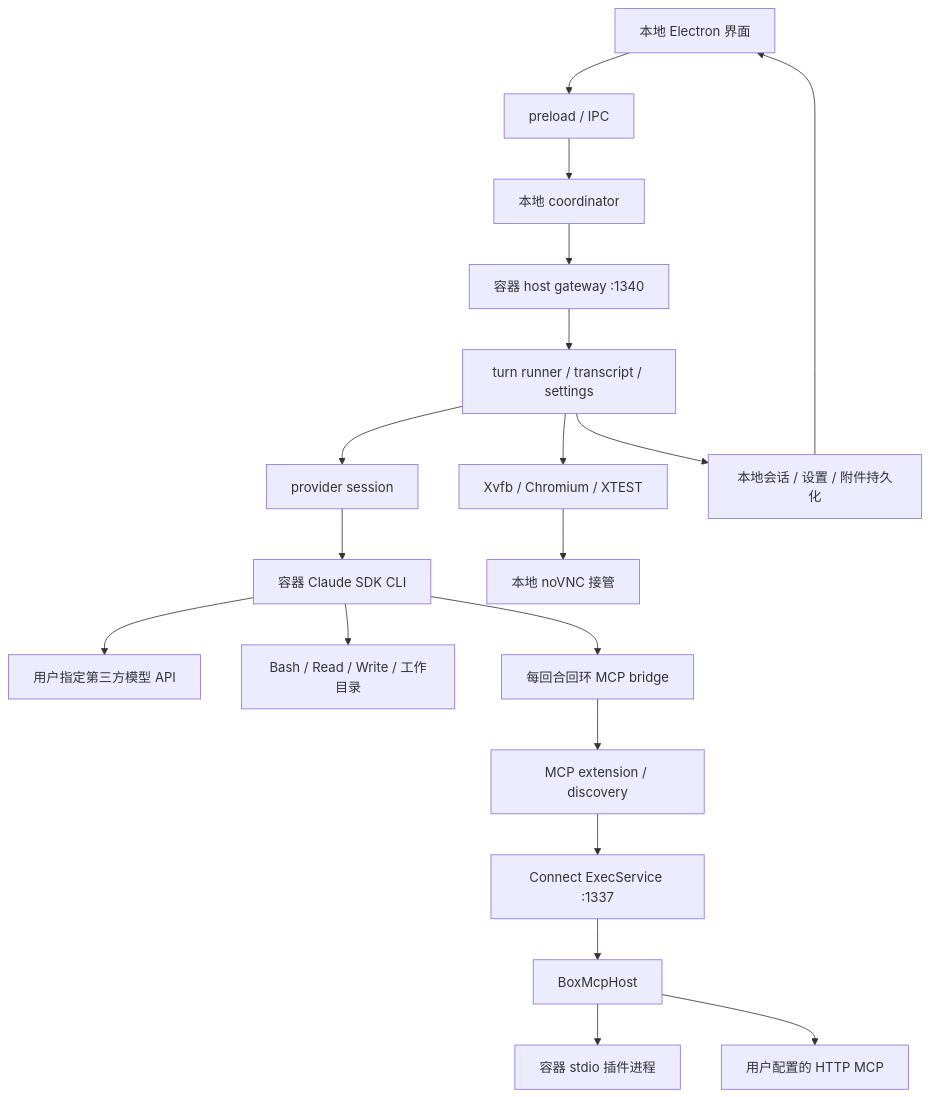
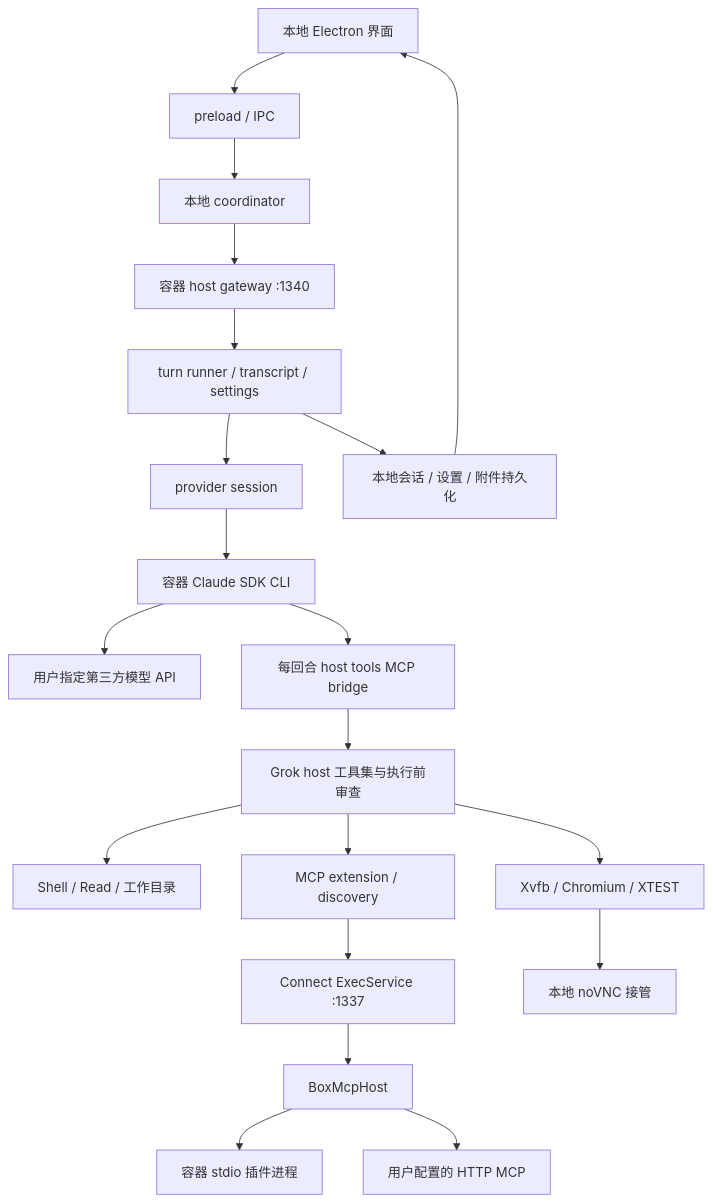
Before and after one commit to 2217173240/grok-bot-0.18-reconstructed: the diagram in docs/LOCAL-SANDBOX-ARCHITECTURE.md, drawn with Mermaid. The commit also changed other lines of this file and 5 other files, not shown here.

````diff
--- a/docs/LOCAL-SANDBOX-ARCHITECTURE.md
+++ b/docs/LOCAL-SANDBOX-ARCHITECTURE.md
@@ -9,21 +9,22 @@
 ```mermaid
 flowchart TD
   UI[本地 Electron 界面] --> Preload[preload / IPC]
   Preload --> Coord[本地 coordinator]
   Coord --> Gateway[容器 host gateway :1340]
   Gateway --> Turn[turn runner / transcript / settings]
   Turn --> Provider[provider session]
   Provider --> CLI[容器 Claude SDK CLI]
   CLI --> API[用户指定第三方模型 API]
-  CLI --> Files[Bash / Read / Write / 工作目录]
-  CLI --> Bridge[每回合回环 MCP bridge]
-  Bridge --> MCP[MCP extension / discovery]
+  CLI --> Bridge[每回合 host tools MCP bridge]
+  Bridge --> Tools[Grok host 工具集与执行前审查]
+  Tools --> Files[Shell / Read / 工作目录]
+  Tools --> MCP[MCP extension / discovery]
   MCP --> Exec[Connect ExecService :1337]
   Exec --> Host[BoxMcpHost]
   Host --> Stdio[容器 stdio 插件进程]
   Host --> HTTP[用户配置的 HTTP MCP]
-  Turn --> Desktop[Xvfb / Chromium / XTEST]
+  Tools --> Desktop[Xvfb / Chromium / XTEST]
   Desktop --> Takeover[本地 noVNC 接管]
   Turn --> Store[本地会话 / 设置 / 附件持久化]
   Store --> UI
 ```
````
